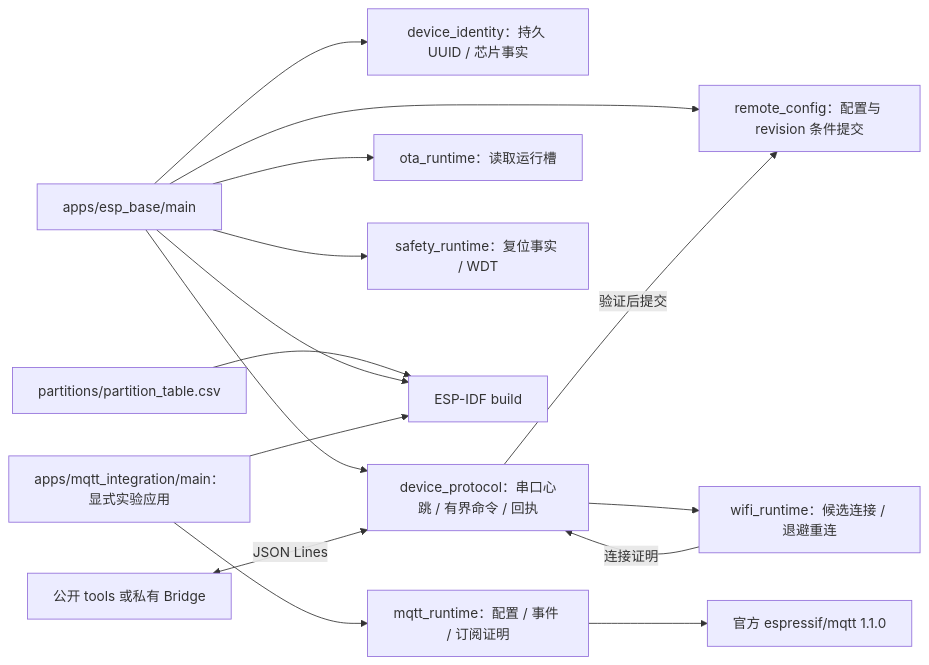
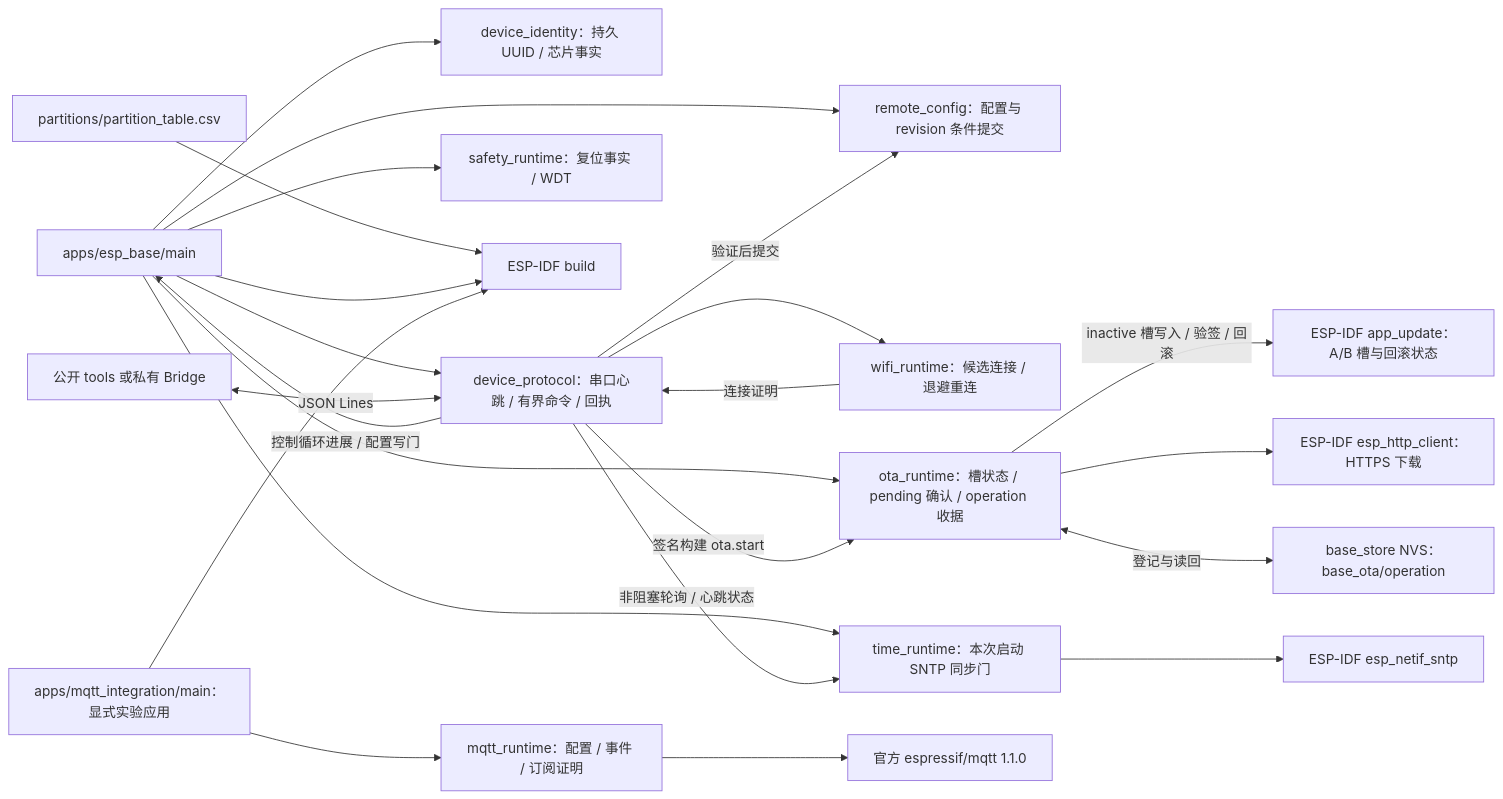
The diagram in firmware/README.md (darren-you/esp-base), drawn with Mermaid before and after one commit. The commit also changed other lines of this file and 64 other files, not shown here.

First line of the commit message:
为 OTA pending 新槽加入本地自检与三十秒稳定确认门，并补齐 host 故障回归和固件说明

````diff
--- a/firmware/README.md
+++ b/firmware/README.md
@@ -7,17 +7,25 @@
 ```mermaid
 flowchart LR
     main["apps/esp_base/main"] --> identity["device_identity：持久 UUID / 芯片事实"]
     main --> config["remote_config：配置与 revision 条件提交"]
     protocol --> wifi["wifi_runtime：候选连接 / 退避重连"]
     wifi -->|"连接证明"| protocol
     protocol -->|"验证后提交"| config
-    main --> ota["ota_runtime：读取运行槽"]
+    main --> ota["ota_runtime：槽状态 / pending 确认 / operation 收据"]
+    main --> time["time_runtime：本次启动 SNTP 同步门"]
+    protocol -->|"控制循环进展 / 配置写门"| main
+    protocol -->|"非阻塞轮询 / 心跳状态"| time
+    time --> sntp["ESP-IDF esp_netif_sntp"]
+    ota -->|"inactive 槽写入 / 验签 / 回滚"| rollback["ESP-IDF app_update：A/B 槽与回滚状态"]
+    protocol -->|"签名构建 ota.start"| ota
+    ota --> https["ESP-IDF esp_http_client：HTTPS 下载"]
+    ota <-->|"登记与读回"| receipt["base_store NVS：base_ota/operation"]
     main --> safety["safety_runtime：复位事实 / WDT"]
     main --> protocol["device_protocol：串口心跳 / 有界命令 / 回执"]
     host["公开 tools 或私有 Bridge"] <-->|"JSON Lines"| protocol
     partitions["partitions/partition_table.csv"] --> build["ESP-IDF build"]
     main --> build
     lab["apps/mqtt_integration/main：显式实验应用"] --> mqtt["mqtt_runtime：配置 / 事件 / 订阅证明"]
     mqtt --> official["官方 espressif/mqtt 1.1.0"]
     lab --> build
 ```
````
